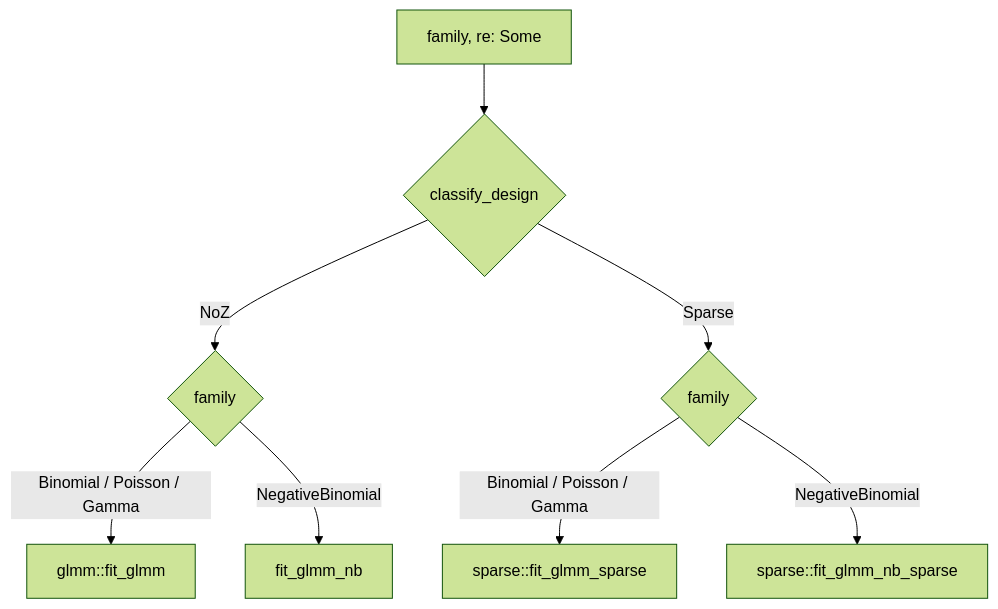
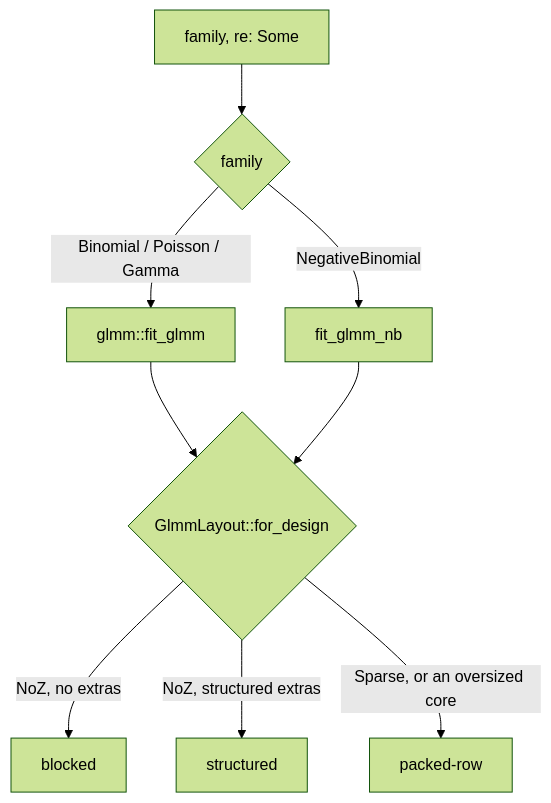
Before and after one commit to pawlenartowicz/glmm: the first of 2 diagrams in documentation/algorithms-glmm.md, drawn with Mermaid (forest theme). The commit also changed other lines of this file and 101 other files, not shown here.

Commit message:
release 0.4.0: cheap exact-Hessian SEs, one fit routine per model class, Laplace fixes, major simplification of some parts of code

````diff
--- a/documentation/algorithms-glmm.md
+++ b/documentation/algorithms-glmm.md
@@ -55,10 +55,11 @@
 ```mermaid
 flowchart TD
-  A["family, re: Some"] --> B{"classify_design"}
-  B -->|NoZ| C{family}
-  B -->|Sparse| D{family}
+  A["family, re: Some"] --> C{family}
   C -->|"Binomial / Poisson / Gamma"| E["glmm::fit_glmm"]
   C -->|NegativeBinomial| F["fit_glmm_nb"]
-  D -->|"Binomial / Poisson / Gamma"| G["sparse::fit_glmm_sparse"]
-  D -->|NegativeBinomial| H["sparse::fit_glmm_nb_sparse"]
+  E --> L{"GlmmLayout::for_design"}
+  F --> L
+  L -->|"NoZ, no extras"| M["blocked"]
+  L -->|"NoZ, structured extras"| N["structured"]
+  L -->|"Sparse, or an oversized core"| O["packed-row"]
 ```
````
